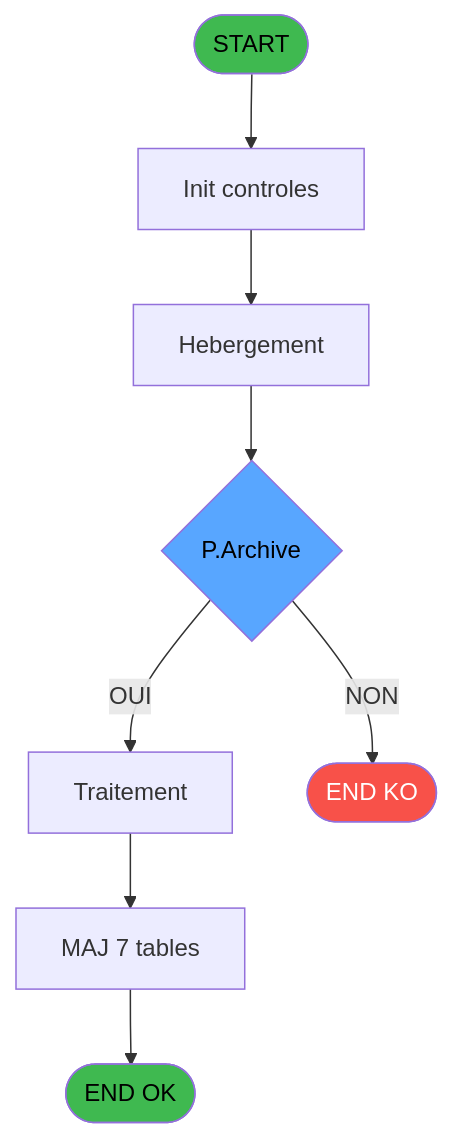
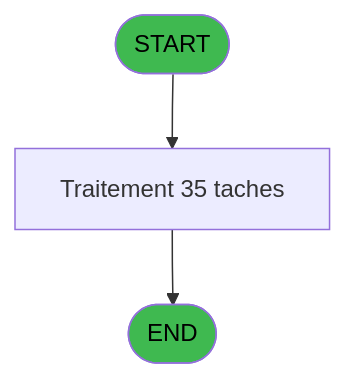
Before and after one commit to thonyAGP/magic-migration: the second of 4 diagrams in .openspec/specs/ADH-IDE-89.md, drawn with Mermaid. The commit also changed other lines of this file and 311 other files, not shown here.

````diff
--- a/.openspec/specs/ADH-IDE-89.md
+++ b/.openspec/specs/ADH-IDE-89.md
@@ -1917,21 +1917,9 @@
 ```mermaid
 flowchart TD
     START([START])
-    INIT[Init controles]
-    SAISIE[Hebergement]
-    DECISION{P.Archive}
-    PROCESS[Traitement]
-    UPDATE[MAJ 7 tables]
-    ENDOK([END OK])
-    ENDKO([END KO])
-
-    START --> INIT --> SAISIE --> DECISION
-    DECISION -->|OUI| PROCESS
-    DECISION -->|NON| ENDKO
-    PROCESS --> UPDATE --> ENDOK
-
+    PROCESS[Traitement 35 taches]
+    ENDOK([END])
+    START --> PROCESS --> ENDOK
     style START fill:#3fb950,color:#000
     style ENDOK fill:#3fb950,color:#000
-    style ENDKO fill:#f85149,color:#fff
-    style DECISION fill:#58a6ff,color:#000
 ```
````
